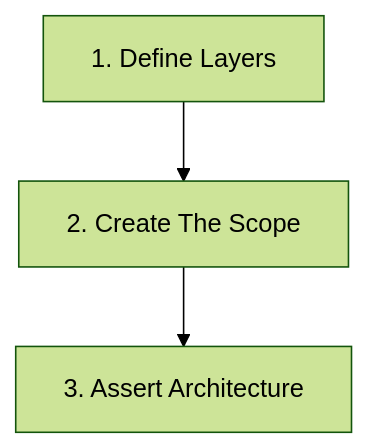
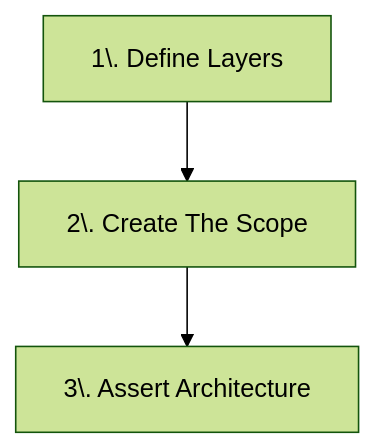
One commit to LemonAppDev/konsist-documentation changed the second of 2 diagrams in getting-started/getting-started/create-secound-konsist-test-architectural-check.md. Above: the diagram before and after it, drawn with Mermaid. The commit also changed 8 other files, not shown here.

Commit message:
upd mermeid diagrams

````diff
--- a/getting-started/getting-started/create-secound-konsist-test-architectural-check.md
+++ b/getting-started/getting-started/create-secound-konsist-test-architectural-check.md
@@ -28,7 +28,7 @@
 ```mermaid
 %%{init: {'theme':'forest'}}%%
 flowchart TB
-    Step1["1. Define Layers"]-->Step2
-    Step2["2. Create The Scope"]-->Step3
-    Step3["3. Assert Architecture"]
+    Step1["1\. Define Layers"]-->Step2
+    Step2["2\. Create The Scope"]-->Step3
+    Step3["3\. Assert Architecture"]
 ```
````
